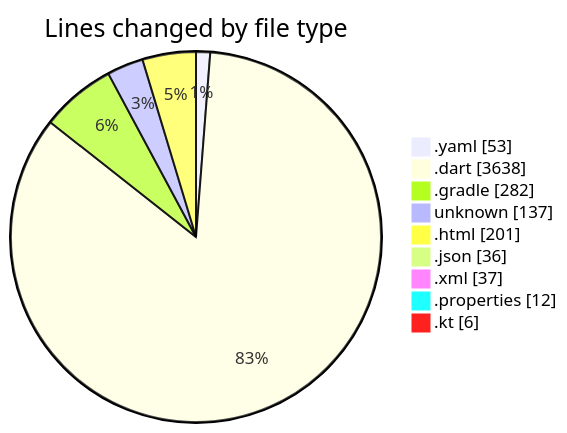
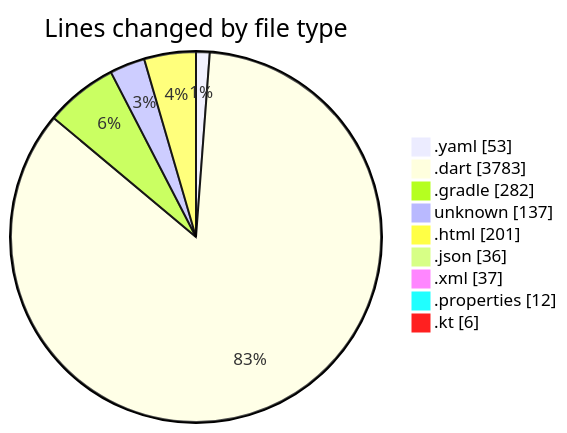
The first of 2 diagrams in 2025-09-02/quanlylink/README.md (lephambinh05/code-tracking), drawn with Mermaid before and after one commit. The commit also changed other lines of this file and 1 other file, not shown here.

````diff
--- a/2025-09-02/quanlylink/README.md
+++ b/2025-09-02/quanlylink/README.md
@@ -46,13 +47,13 @@
 ```mermaid
 pie showData
 title Lines changed by file type
 ".yaml" : 53
-".dart" : 3638
+".dart" : 3783
 ".gradle" : 282
 "unknown" : 137
 ".html" : 201
 ".json" : 36
 ".xml" : 37
 ".properties" : 12
 ".kt" : 6
 ```
````
